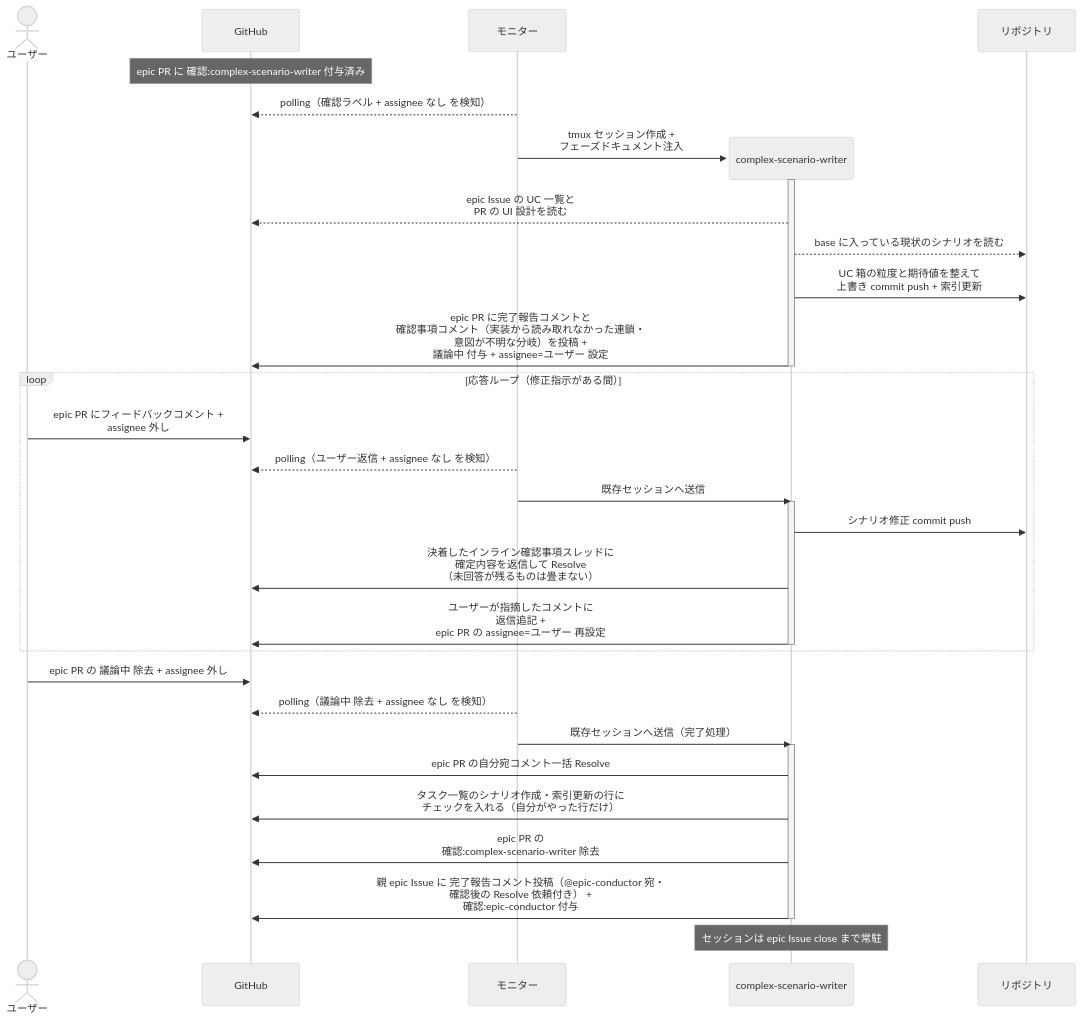
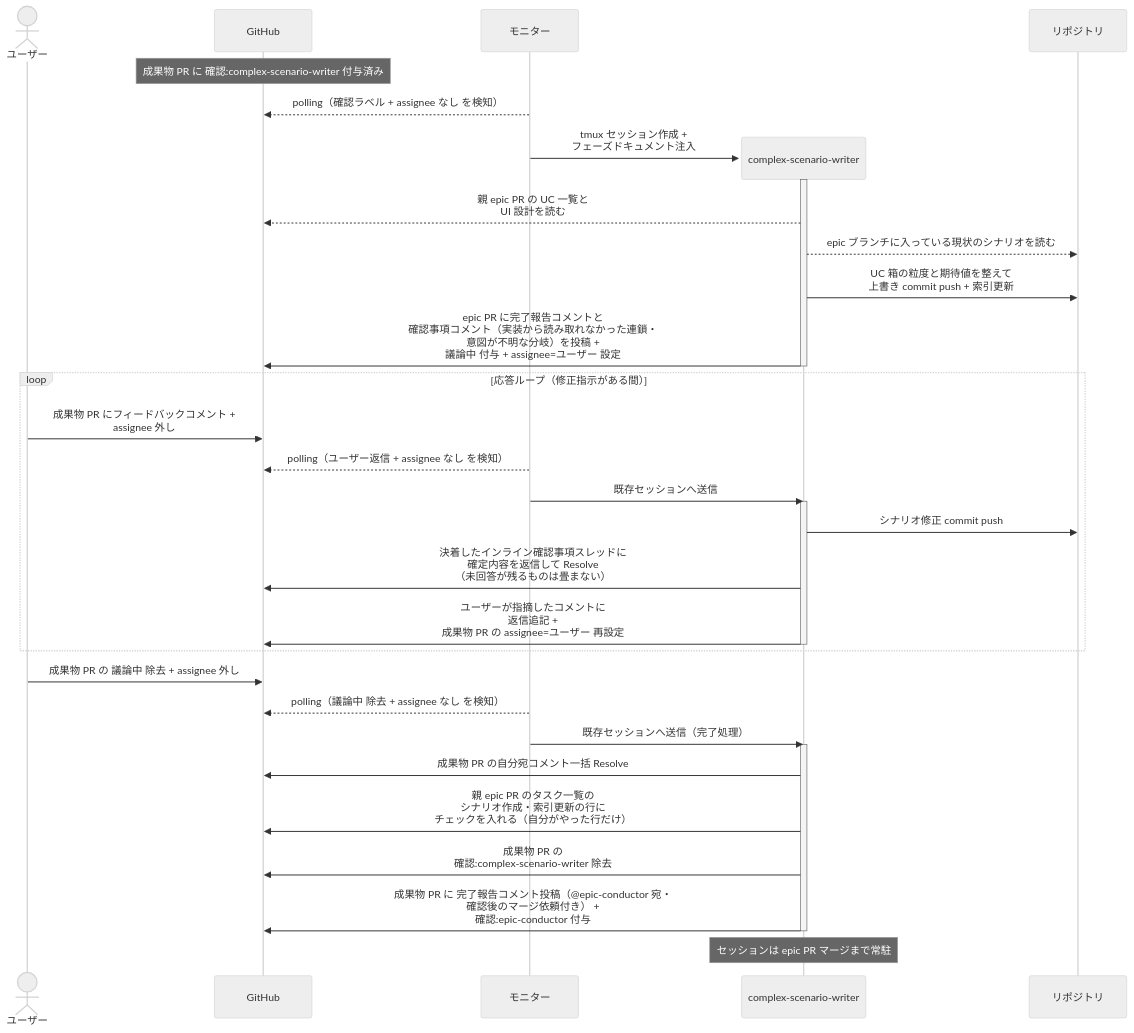
The third of 3 diagrams in docs/wiki/設計図/シナリオ/単一ユースケース/複合シナリオ設計.md (shuhei1101/ai-monitor), drawn with Mermaid (neutral theme) before and after one commit. The commit also changed other lines of this file and 256 other files, not shown here.

````diff
--- a/docs/wiki/設計図/シナリオ/単一ユースケース/複合シナリオ設計.md
+++ b/docs/wiki/設計図/シナリオ/単一ユースケース/複合シナリオ設計.md
@@ -136,40 +137,40 @@
 ```mermaid
 sequenceDiagram
   actor U as ユーザー
   participant GH as GitHub
   participant ORC as モニター
 
-  Note over GH: epic PR に 確認:complex-scenario-writer 付与済み
+  Note over GH: 成果物 PR に 確認:complex-scenario-writer 付与済み
   ORC-->>GH: polling（確認ラベル + assignee なし を検知）
   create participant MON as complex-scenario-writer
   ORC->>MON: tmux セッション作成 +<br>フェーズドキュメント注入
   participant REPO as リポジトリ
   activate MON
-  MON-->>GH: epic Issue の UC 一覧と<br>PR の UI 設計を読む
-  MON-->>REPO: base に入っている現状のシナリオを読む
+  MON-->>GH: 親 epic PR の UC 一覧と<br>UI 設計を読む
+  MON-->>REPO: epic ブランチに入っている現状のシナリオを読む
   MON->>REPO: UC 箱の粒度と期待値を整えて<br>上書き commit push + 索引更新
   MON->>GH: epic PR に完了報告コメントと<br>確認事項コメント（実装から読み取れなかった連鎖・<br>意図が不明な分岐）を投稿 +<br>議論中 付与 + assignee=ユーザー 設定
   deactivate MON
 
   loop 応答ループ（修正指示がある間）
-    U->>GH: epic PR にフィードバックコメント +<br>assignee 外し
+    U->>GH: 成果物 PR にフィードバックコメント +<br>assignee 外し
     ORC-->>GH: polling（ユーザー返信 + assignee なし を検知）
     ORC->>MON: 既存セッションへ送信
     activate MON
     MON->>REPO: シナリオ修正 commit push
     MON->>GH: 決着したインライン確認事項スレッドに<br>確定内容を返信して Resolve<br>（未回答が残るものは畳まない）
-    MON->>GH: ユーザーが指摘したコメントに<br>返信追記 +<br>epic PR の assignee=ユーザー 再設定
+    MON->>GH: ユーザーが指摘したコメントに<br>返信追記 +<br>成果物 PR の assignee=ユーザー 再設定
     deactivate MON
   end
 
-  U->>GH: epic PR の 議論中 除去 + assignee 外し
+  U->>GH: 成果物 PR の 議論中 除去 + assignee 外し
   ORC-->>GH: polling（議論中 除去 + assignee なし を検知）
   ORC->>MON: 既存セッションへ送信（完了処理）
   activate MON
-  MON->>GH: epic PR の自分宛コメント一括 Resolve
-  MON->>GH: タスク一覧のシナリオ作成・索引更新の行に<br>チェックを入れる（自分がやった行だけ）
-  MON->>GH: epic PR の<br>確認:complex-scenario-writer 除去
-  MON->>GH: 親 epic Issue に 完了報告コメント投稿（@epic-conductor 宛・<br>確認後の Resolve 依頼付き） +<br>確認:epic-conductor 付与
+  MON->>GH: 成果物 PR の自分宛コメント一括 Resolve
+  MON->>GH: 親 epic PR のタスク一覧の<br>シナリオ作成・索引更新の行に<br>チェックを入れる（自分がやった行だけ）
+  MON->>GH: 成果物 PR の<br>確認:complex-scenario-writer 除去
+  MON->>GH: 成果物 PR に 完了報告コメント投稿（@epic-conductor 宛・<br>確認後のマージ依頼付き） +<br>確認:epic-conductor 付与
   deactivate MON
-  Note over MON: セッションは epic Issue close まで常駐
+  Note over MON: セッションは epic PR マージまで常駐
 ```
````
